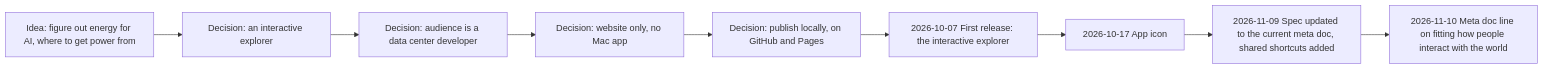
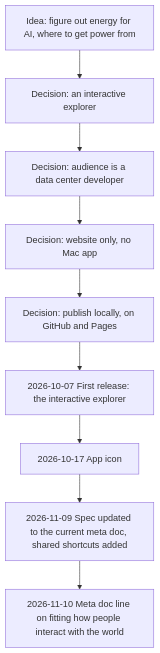
One commit to amalmehta/EnergyForAI changed the first of 3 diagrams in docs/HOW-IT-WAS-BUILT.md. Above: the diagram before and after it, drawn with Mermaid.

Commit message:
Draw the build history top to bottom so it stays readable

````diff
--- a/docs/HOW-IT-WAS-BUILT.md
+++ b/docs/HOW-IT-WAS-BUILT.md
@@ -8,13 +8,13 @@
 ```mermaid
-flowchart LR
+flowchart TD
   idea["Idea: figure out energy for AI, where to get power from"]
   d1["Decision: an interactive explorer"]
   d2["Decision: audience is a data center developer"]
   d3["Decision: website only, no Mac app"]
   d4["Decision: publish locally, on GitHub and Pages"]
   m1["2026-10-07 First release: the interactive explorer"]
   m2["2026-10-17 App icon"]
   m3["2026-11-09 Spec updated to the current meta doc, shared shortcuts added"]
   m4["2026-11-10 Meta doc line on fitting how people interact with the world"]
   idea --> d1 --> d2 --> d3 --> d4 --> m1 --> m2 --> m3 --> m4
 ```
````
